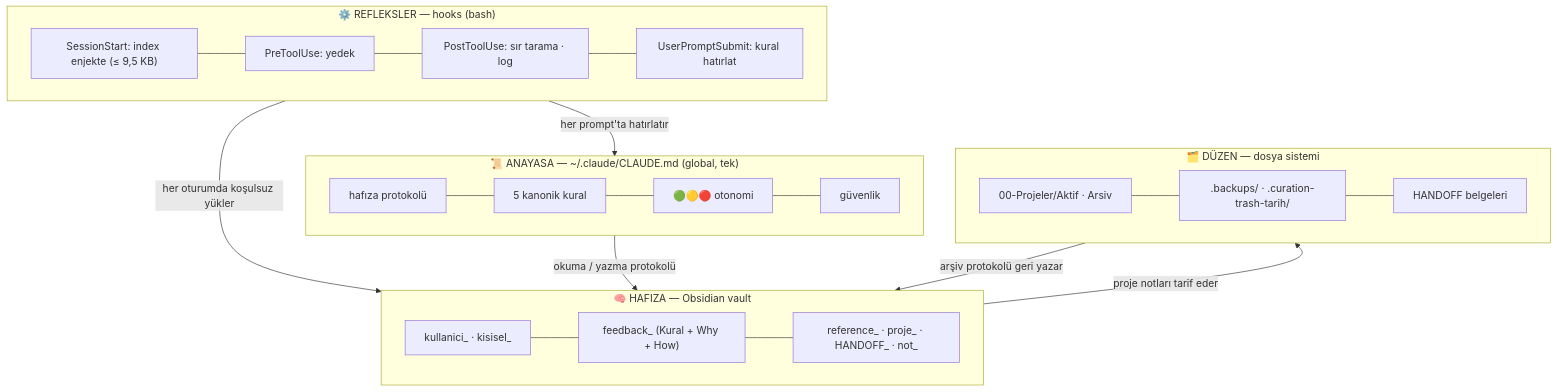
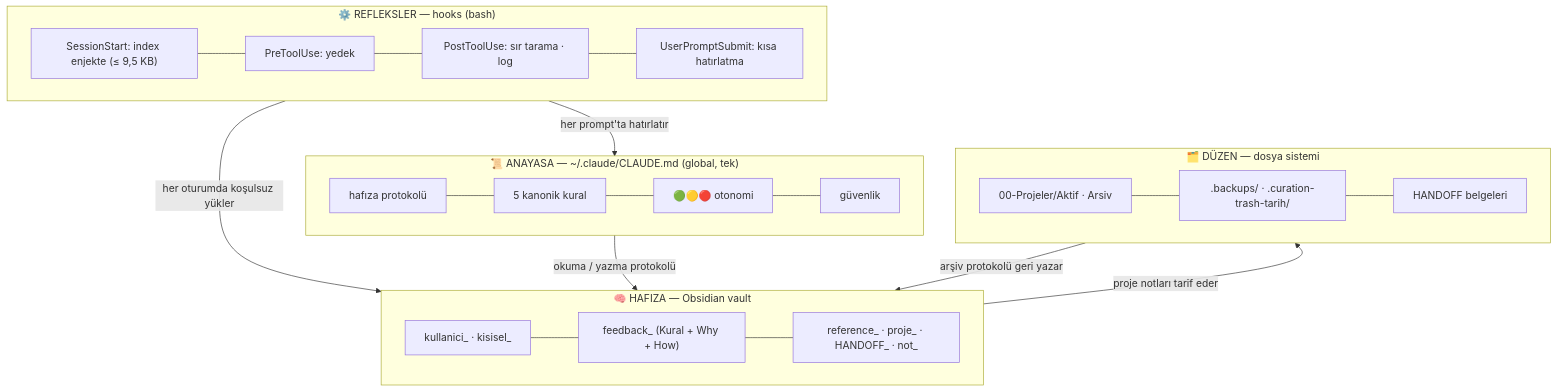
The diagram in README.md (Ilyas-jpg/saltay-kokpit), drawn with Mermaid before and after one commit. The commit also changed other lines of this file and 40 other files, not shown here.

````diff
--- a/README.md
+++ b/README.md
@@ -76,24 +83,24 @@
 ```mermaid
 flowchart TB
     subgraph M["🧠 HAFIZA — Obsidian vault"]
         direction LR
         m1["kullanici_ · kisisel_"] --- m2["feedback_ (Kural + Why + How)"] --- m3["reference_ · proje_ · HANDOFF_ · not_"]
     end
     subgraph A["📜 ANAYASA — ~/.claude/CLAUDE.md (global, tek)"]
         direction LR
         a1["hafıza protokolü"] --- a2["5 kanonik kural"] --- a3["🟢🟡🔴 otonomi"] --- a4["güvenlik"]
     end
     subgraph H["⚙️ REFLEKSLER — hooks (bash)"]
         direction LR
-        h1["SessionStart: index enjekte (≤ 9,5 KB)"] --- h2["PreToolUse: yedek"] --- h3["PostToolUse: sır tarama · log"] --- h4["UserPromptSubmit: kural hatırlat"]
+        h1["SessionStart: index enjekte (≤ 9,5 KB)"] --- h2["PreToolUse: yedek"] --- h3["PostToolUse: sır tarama · log"] --- h4["UserPromptSubmit: kısa hatırlatma"]
     end
     subgraph F["🗂️ DÜZEN — dosya sistemi"]
         direction LR
         f1["00-Projeler/Aktif · Arsiv"] --- f2[".backups/ · .curation-trash-tarih/"] --- f3["HANDOFF belgeleri"]
     end
     H -->|"her oturumda koşulsuz yükler"| M
     A -->|"okuma / yazma protokolü"| M
     H -->|"her prompt'ta hatırlatır"| A
     M -->|"proje notları tarif eder"| F
     F -->|"arşiv protokolü geri yazar"| M
 ```
````
